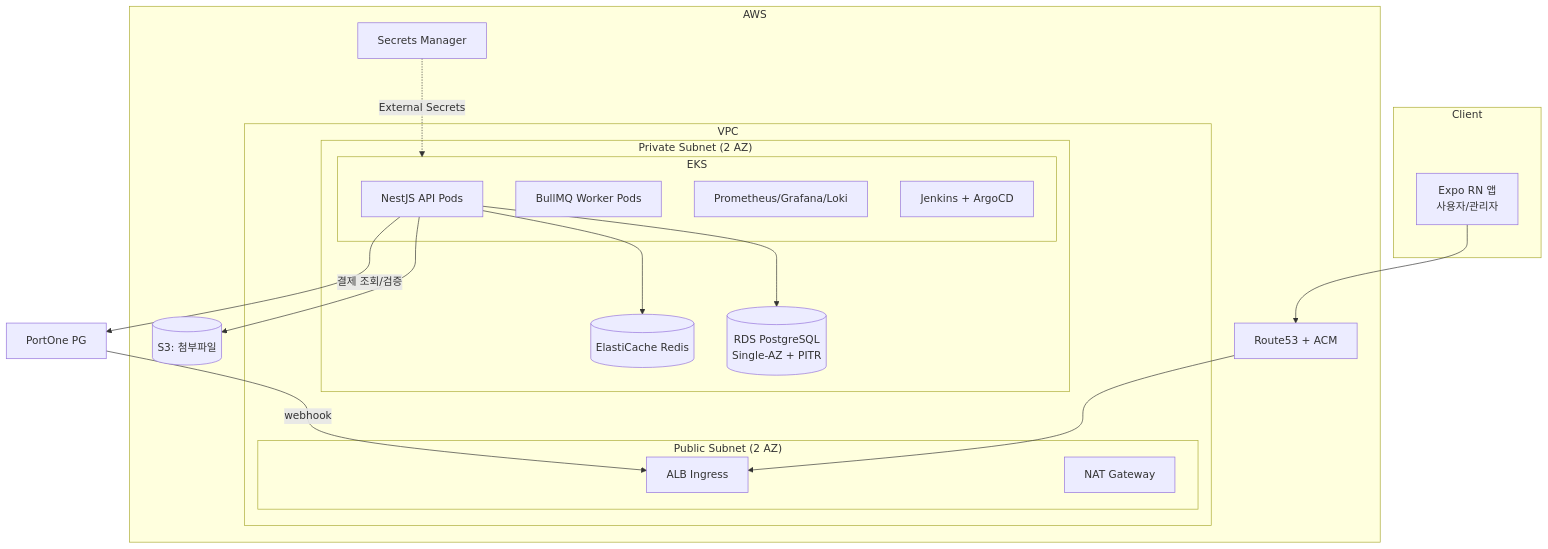
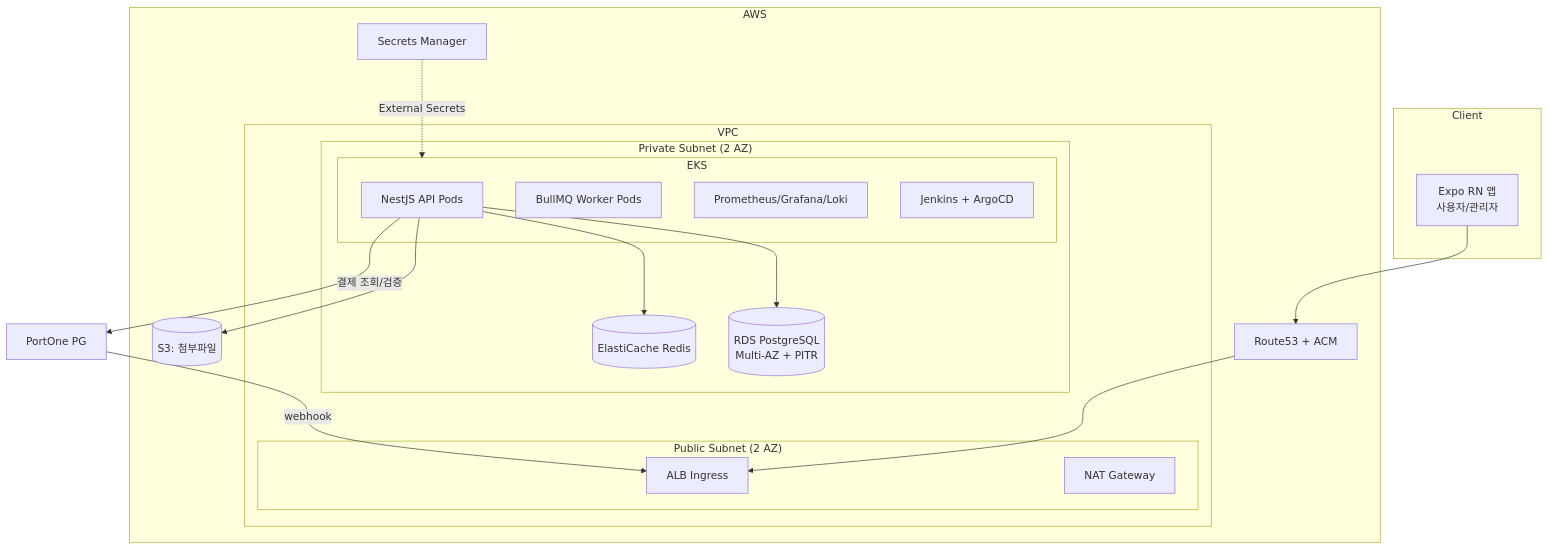
One commit to So1ky/LUNOTE changed the diagram in docs/ARCHITECTURE.md. Above: the diagram before and after it, drawn with Mermaid. The commit also changed other lines of this file, not shown here.

First line of the commit message:
docs(architecture): finalize domain/bundle id, env separation, availability decisions

````diff
--- a/docs/ARCHITECTURE.md
+++ b/docs/ARCHITECTURE.md
@@ -35,33 +35,33 @@
 ```mermaid
 graph TB
     subgraph Client
         APP[Expo RN 앱<br/>사용자/관리자]
     end
     subgraph AWS
         R53[Route53 + ACM] --> ALB[ALB Ingress]
         subgraph VPC
             subgraph "Public Subnet (2 AZ)"
                 ALB
                 NAT[NAT Gateway]
             end
             subgraph "Private Subnet (2 AZ)"
                 subgraph EKS
                     API[NestJS API Pods]
                     WORKER[BullMQ Worker Pods]
                     OBS[Prometheus/Grafana/Loki]
                     CICD[Jenkins + ArgoCD]
                 end
-                RDS[(RDS PostgreSQL<br/>Single-AZ + PITR)]
+                RDS[(RDS PostgreSQL<br/>Multi-AZ + PITR)]
                 REDIS[(ElastiCache Redis)]
             end
         end
         S3[(S3: 첨부파일)]
         SM[Secrets Manager]
     end
     PORTONE[PortOne PG]
     APP --> R53
     API --> RDS & REDIS & S3
     PORTONE -- webhook --> ALB
     API -- 결제 조회/검증 --> PORTONE
     SM -. External Secrets .-> EKS
 ```
````
